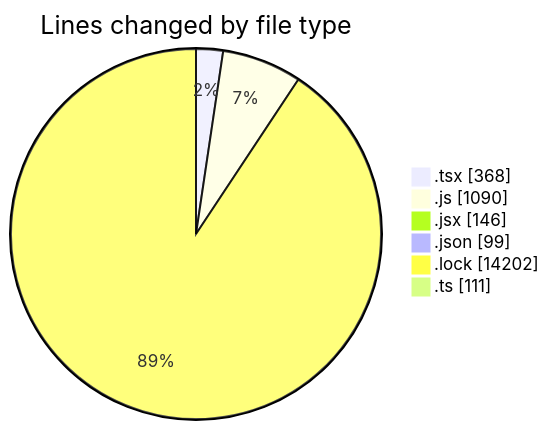
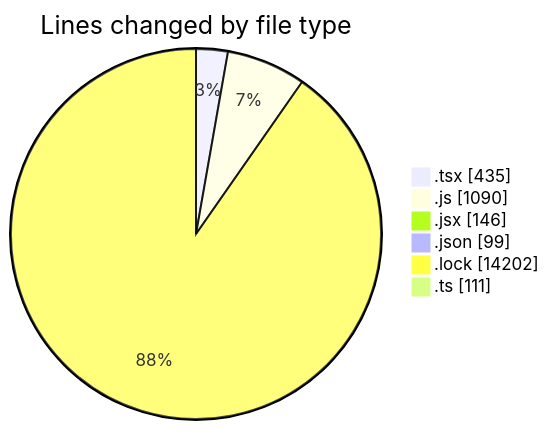
The first of 2 diagrams in 2025-05-08/cda/README.md (momahboobian/code-tracking), drawn with Mermaid before and after one commit. The commit also changed other lines of this file and 1 other file, not shown here.

````diff
--- a/2025-05-08/cda/README.md
+++ b/2025-05-08/cda/README.md
@@ -32,10 +33,10 @@
 ```mermaid
 pie showData
 title Lines changed by file type
-".tsx" : 368
+".tsx" : 435
 ".js" : 1090
 ".jsx" : 146
 ".json" : 99
 ".lock" : 14202
 ".ts" : 111
 ```
````
